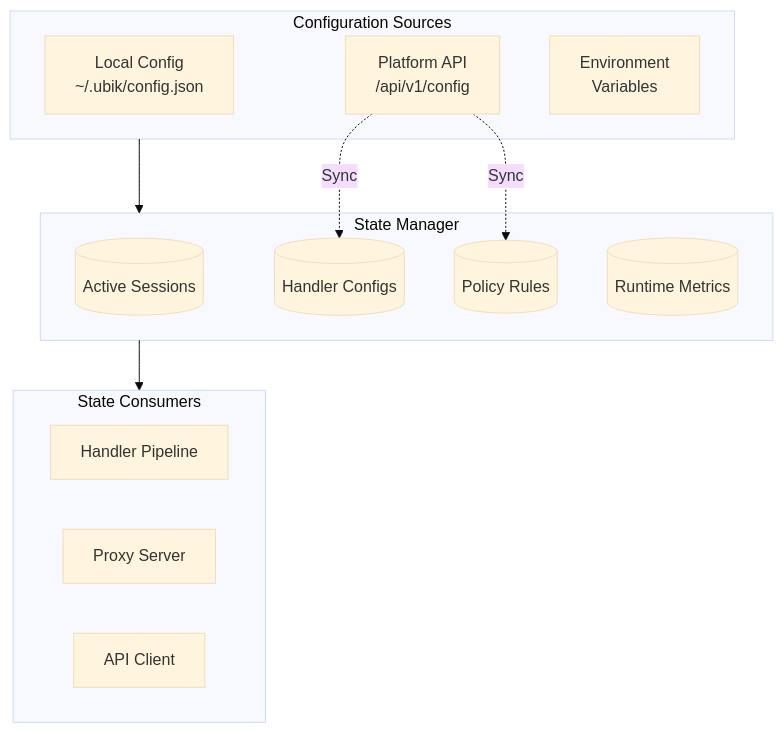
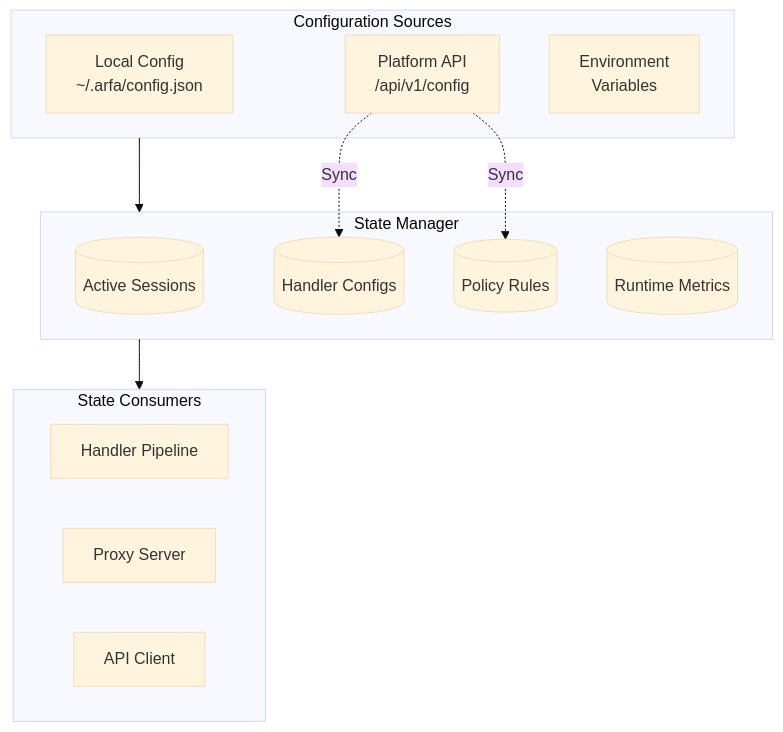
Before and after one commit to rastrigin-systems/arfa: the fourth of 8 diagrams in docs/architecture/control-service.md, drawn with Mermaid (base theme). The commit also changed other lines of this file and 194 other files, not shown here.

First line of the commit message:
refactor: Rename ubik to arfa throughout codebase (#393)

````diff
--- a/docs/architecture/control-service.md
+++ b/docs/architecture/control-service.md
@@ -199,27 +199,27 @@
 ```mermaid
 flowchart TB
     subgraph StateManager["State Manager"]
         Sessions[(Active Sessions)]
         Configs[(Handler Configs)]
         Policies[(Policy Rules)]
         Metrics[(Runtime Metrics)]
     end
 
     subgraph Sources["Configuration Sources"]
-        Local[Local Config<br/>~/.ubik/config.json]
+        Local[Local Config<br/>~/.arfa/config.json]
         Remote[Platform API<br/>/api/v1/config]
         Env[Environment<br/>Variables]
     end
 
     subgraph Consumers["State Consumers"]
         Pipeline[Handler Pipeline]
         Proxy[Proxy Server]
         API[API Client]
     end
 
     Sources --> StateManager
     StateManager --> Consumers
 
     Remote -.->|"Sync"| Configs
     Remote -.->|"Sync"| Policies
 ```
````
